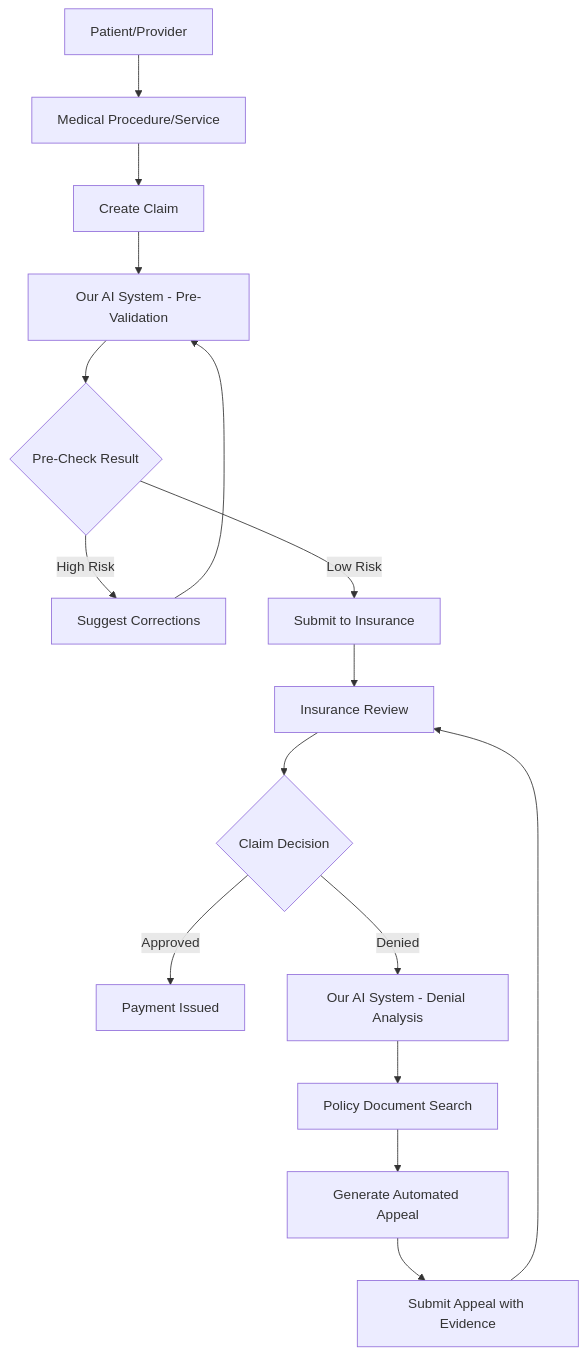
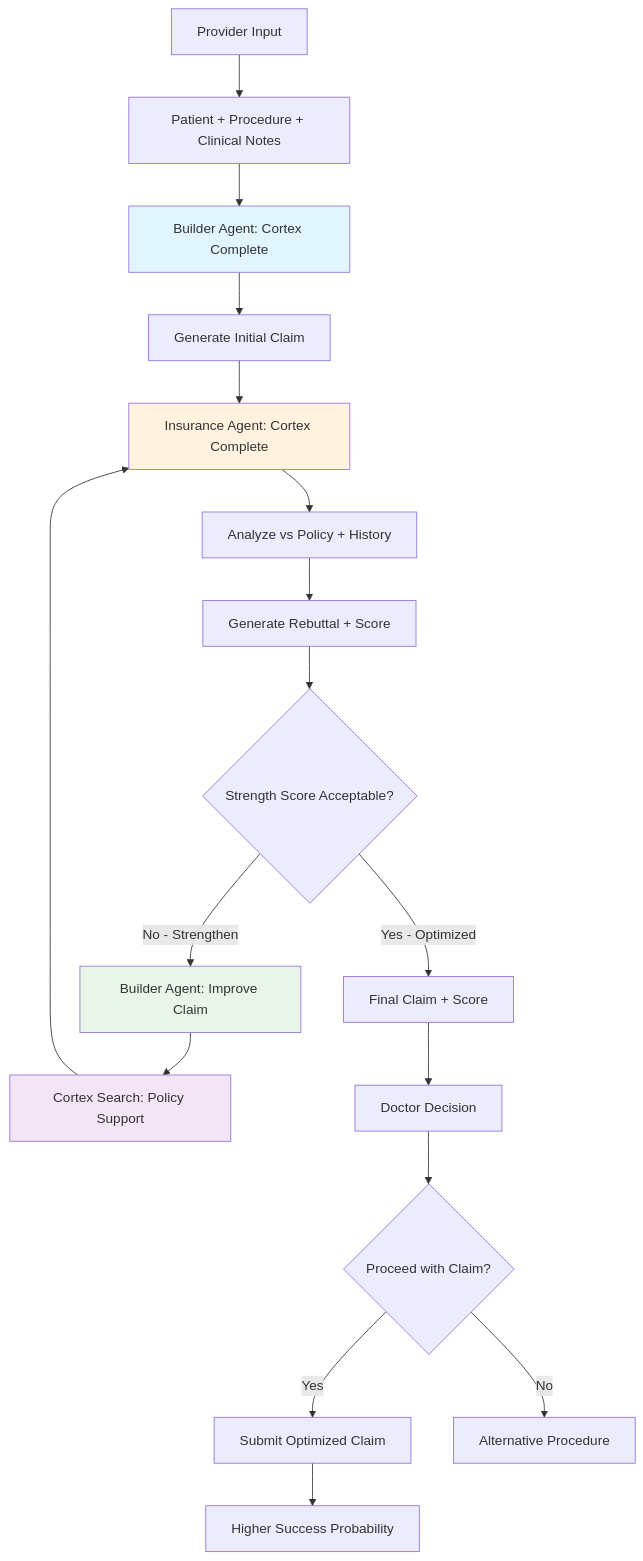
Before and after one commit to sfc-gh-fheiba/techup-25-healthcare-claims-denial: the second of 2 diagrams in README.md, drawn with Mermaid. The commit also changed other lines of this file and 4 other files, not shown here.

````diff
--- a/README.md
+++ b/README.md
@@ -59,18 +93,24 @@
 ```mermaid
 graph TD
-    A[Patient/Provider] --> B[Medical Procedure/Service]
-    B --> C[Create Claim]
-    C --> D[Our AI System - Pre-Validation]
-    D --> E{Pre-Check Result}
-    E -->|High Risk| F[Suggest Corrections]
-    E -->|Low Risk| G[Submit to Insurance]
-    F --> D
-    G --> H[Insurance Review]
-    H --> I{Claim Decision}
-    I -->|Approved| J[Payment Issued]
-    I -->|Denied| K[Our AI System - Denial Analysis]
-    K --> L[Policy Document Search]
-    L --> M[Generate Automated Appeal]
-    M --> N[Submit Appeal with Evidence]
-    N --> H
+    A[Provider Input] --> B[Patient + Procedure + Clinical Notes]
+    B --> C[Builder Agent: Cortex Complete]
+    C --> D[Generate Initial Claim]
+    D --> E[Insurance Agent: Cortex Complete]
+    E --> F[Analyze vs Policy + History]
+    F --> G[Generate Rebuttal + Score]
+    G --> H{Strength Score Acceptable?}
+    H -->|No - Strengthen| I[Builder Agent: Improve Claim]
+    I --> J[Cortex Search: Policy Support]
+    J --> E
+    H -->|Yes - Optimized| K[Final Claim + Score]
+    K --> L[Doctor Decision]
+    L --> M{Proceed with Claim?}
+    M -->|Yes| N[Submit Optimized Claim]
+    M -->|No| O[Alternative Procedure]
+    N --> P[Higher Success Probability]
+    
+    style C fill:#e1f5fe
+    style E fill:#fff3e0
+    style I fill:#e8f5e8
+    style J fill:#f3e5f5
 ```
````
